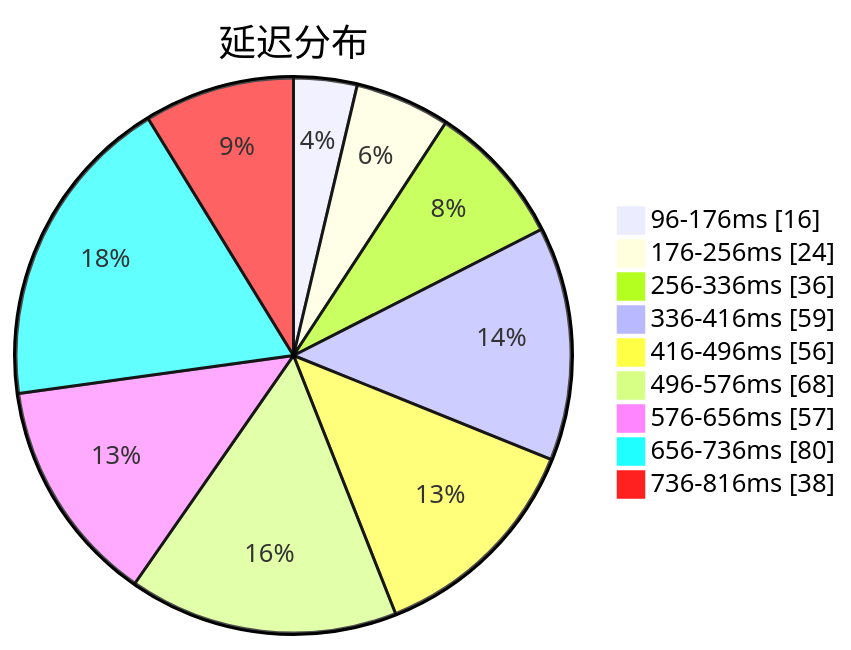
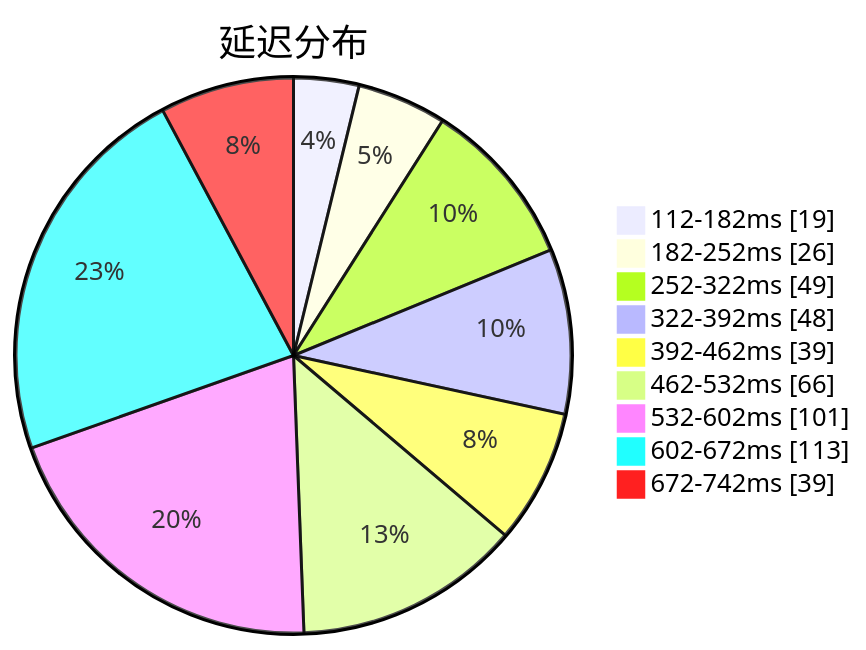
One commit to sinspired/airport changed the first of 3 diagrams in subs/statistics/tested_within.md. Above: the diagram before and after it, drawn with Mermaid. The commit also changed other lines of this file and 2 other files, not shown here.

````diff
--- a/subs/statistics/tested_within.md
+++ b/subs/statistics/tested_within.md
@@ -2,13 +2,13 @@
 ```mermaid
 pie showData
 title 延迟分布
-"96-176ms" : 16
-"176-256ms" : 24
-"256-336ms" : 36
-"336-416ms" : 59
-"416-496ms" : 56
-"496-576ms" : 68
-"576-656ms" : 57
-"656-736ms" : 80
-"736-816ms" : 38
+"112-182ms" : 19
+"182-252ms" : 26
+"252-322ms" : 49
+"322-392ms" : 48
+"392-462ms" : 39
+"462-532ms" : 66
+"532-602ms" : 101
+"602-672ms" : 113
+"672-742ms" : 39
 ```
````
